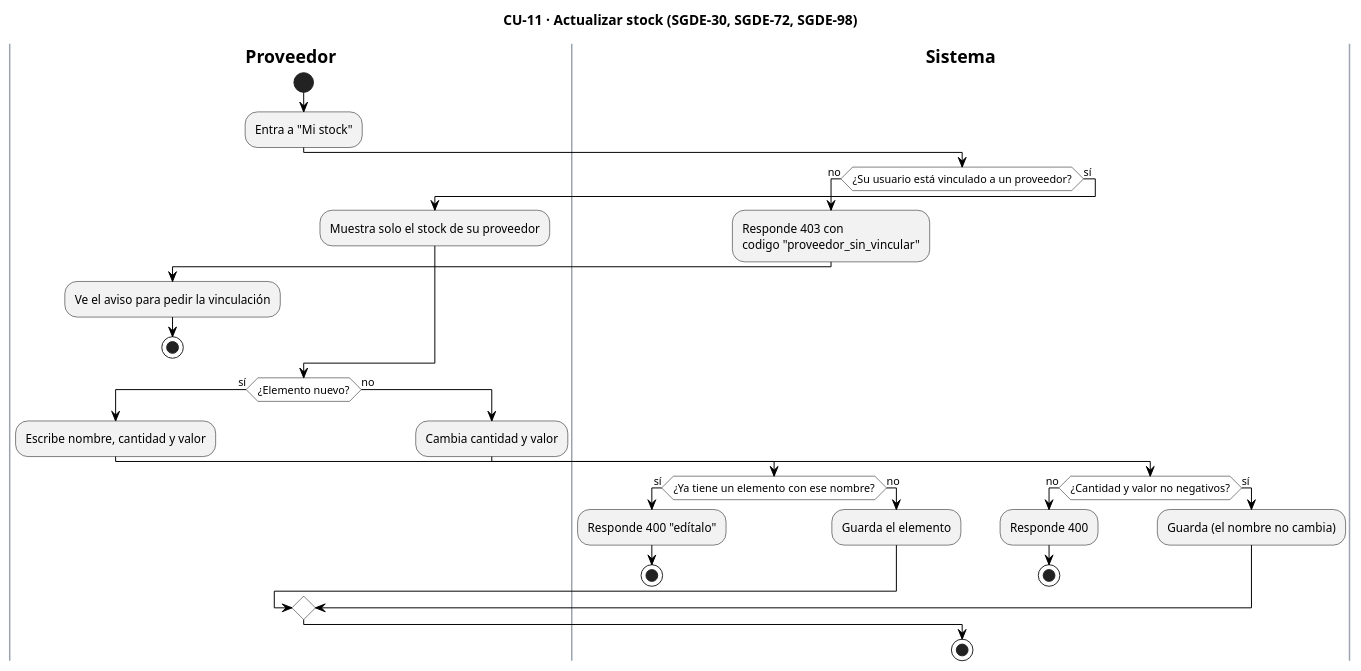
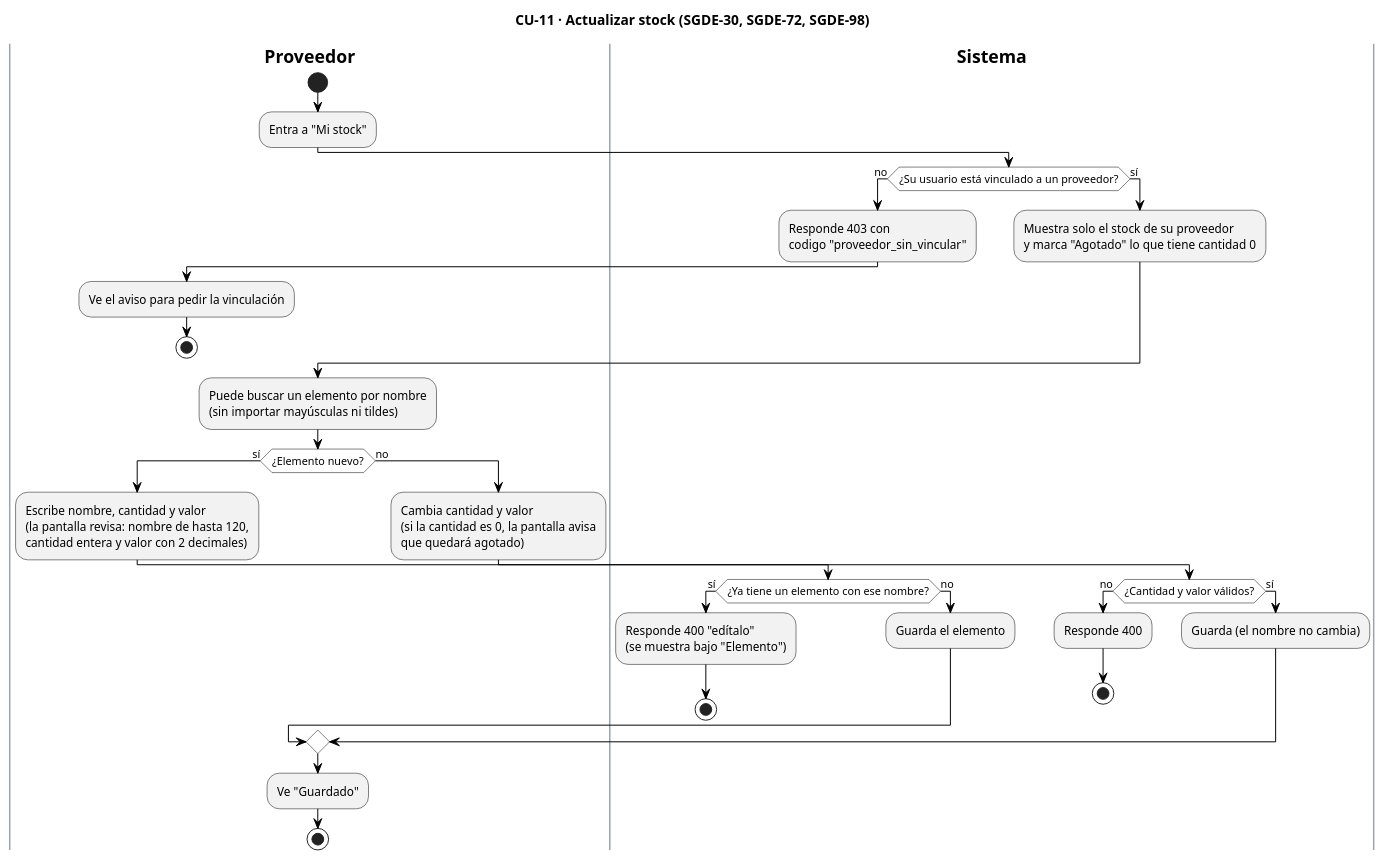
The diagram in docs/Diagrama de actividades/CU11_GestionarInventario.pu (AndreCamx2/Gestion-De-Eventos), drawn with PlantUML before and after one commit. The commit also changed 30 other files, not shown here.

```diff
--- a/docs/Diagrama de actividades/CU11_GestionarInventario.pu
+++ b/docs/Diagrama de actividades/CU11_GestionarInventario.pu
@@ -1,51 +1,62 @@
 @startuml CU11_GestionarInventario
 title CU-11 · Actualizar stock (SGDE-30, SGDE-72, SGDE-98)
 skinparam backgroundColor white
 skinparam ActivityBackgroundColor #F2F2F2
 skinparam ActivityBorderColor black
 skinparam ActivityDiamondBackgroundColor white
 skinparam ActivityDiamondBorderColor black
 skinparam ArrowColor black
 skinparam SwimlaneBorderColor #9AA3AE
 skinparam SwimlaneTitleFontStyle bold
 skinparam note {
   BackgroundColor #FFFBEA
   BorderColor #B8A86B
 }
 
 |Proveedor|
 start
 :Entra a "Mi stock";
 |Sistema|
 if (¿Su usuario está vinculado a un proveedor?) then (no)
   :Responde 403 con
   codigo "proveedor_sin_vincular";
   |Proveedor|
   :Ve el aviso para pedir la vinculación;
   stop
 else (sí)
-  :Muestra solo el stock de su proveedor;
+  |Sistema|
+  :Muestra solo el stock de su proveedor
+  y marca "Agotado" lo que tiene cantidad 0;
 endif
 |Proveedor|
+:Puede buscar un elemento por nombre
+(sin importar mayúsculas ni tildes);
 if (¿Elemento nuevo?) then (sí)
-  :Escribe nombre, cantidad y valor;
+  :Escribe nombre, cantidad y valor
+  (la pantalla revisa: nombre de hasta 120,
+  cantidad entera y valor con 2 decimales);
   |Sistema|
   if (¿Ya tiene un elemento con ese nombre?) then (sí)
-    :Responde 400 "edítalo";
+    :Responde 400 "edítalo"
+    (se muestra bajo "Elemento");
     stop
   else (no)
     :Guarda el elemento;
   endif
 else (no)
   |Proveedor|
-  :Cambia cantidad y valor;
+  :Cambia cantidad y valor
+  (si la cantidad es 0, la pantalla avisa
+  que quedará agotado);
   |Sistema|
-  if (¿Cantidad y valor no negativos?) then (no)
+  if (¿Cantidad y valor válidos?) then (no)
     :Responde 400;
     stop
   else (sí)
     :Guarda (el nombre no cambia);
   endif
 endif
+|Proveedor|
+:Ve "Guardado";
 stop
 @enduml
```
